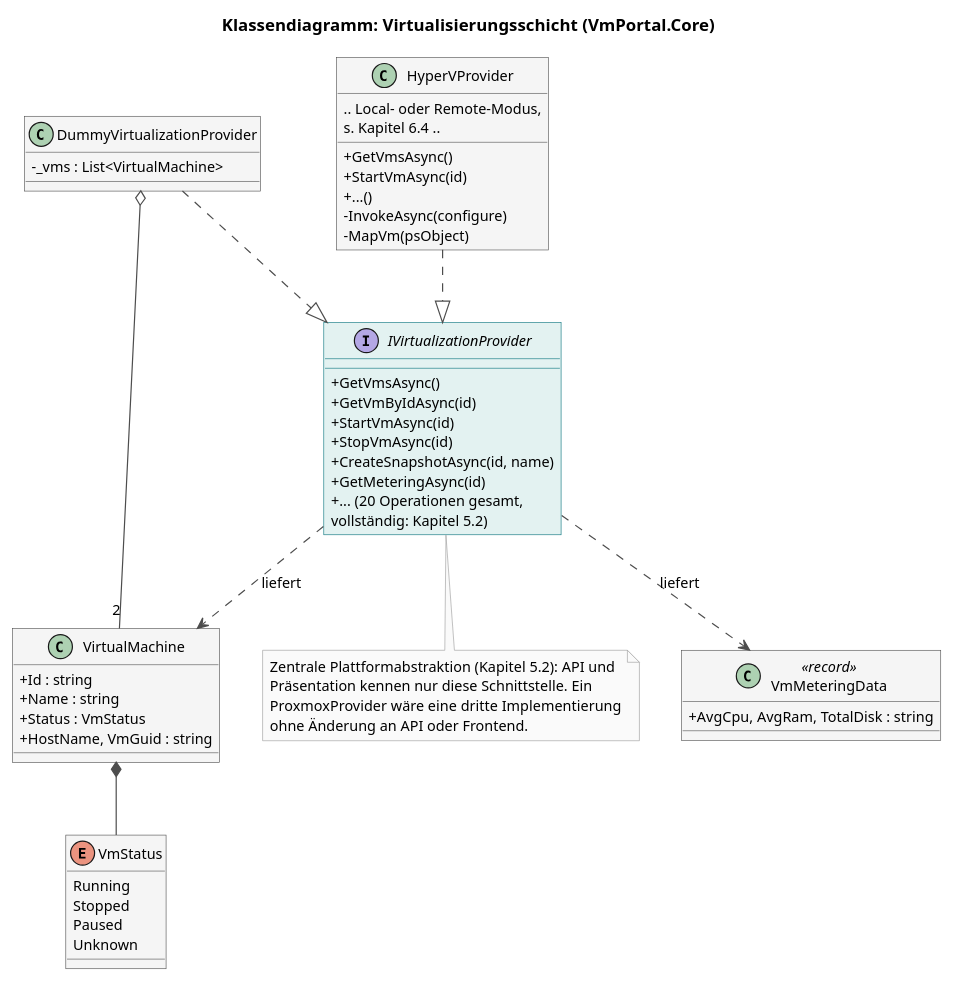
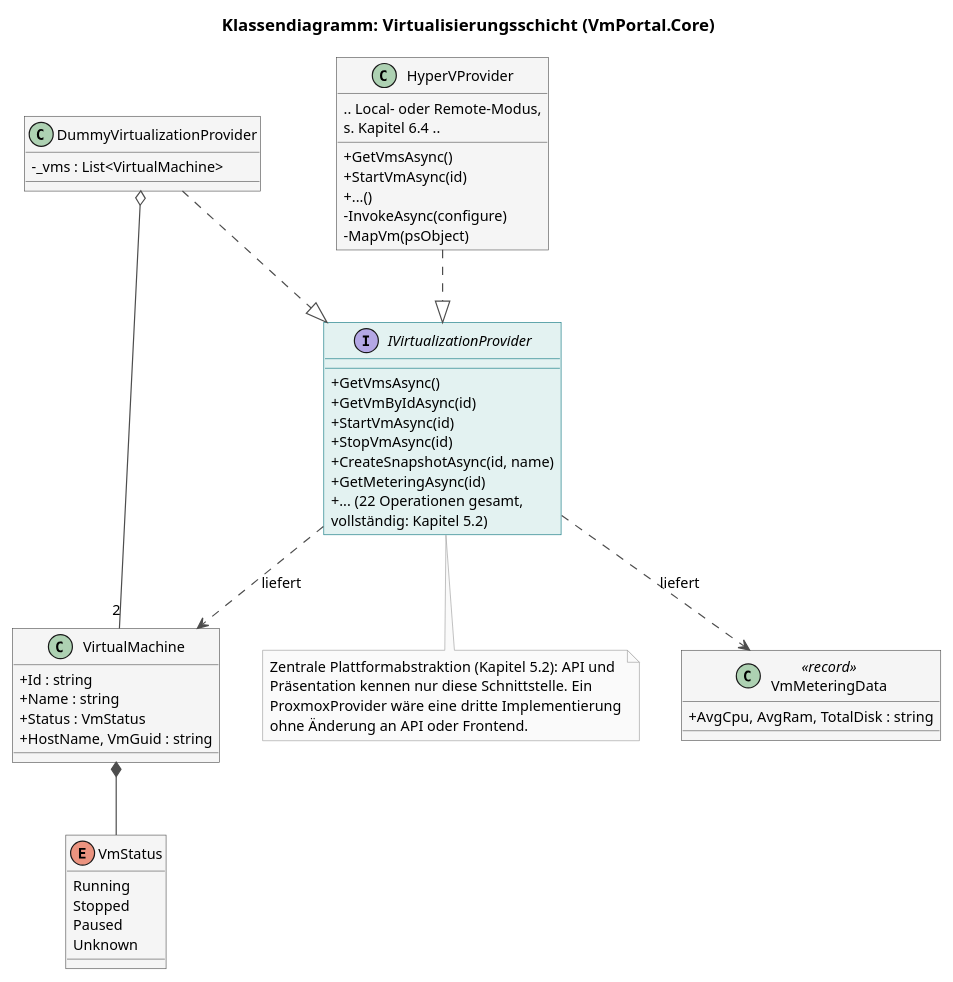
The diagram in thesis/diagrams/klassendiagramm_virtualisierung.puml (mikaildhbw/vm-portal), drawn with PlantUML before and after one commit. The commit also changed 2 other files, not shown here.

```diff
--- a/thesis/diagrams/klassendiagramm_virtualisierung.puml
+++ b/thesis/diagrams/klassendiagramm_virtualisierung.puml
@@ -1,77 +1,77 @@
 @startuml klassendiagramm_virtualisierung
 title Klassendiagramm: Virtualisierungsschicht (VmPortal.Core)
 
 skinparam backgroundColor white
 skinparam shadowing false
 skinparam roundCorner 0
 skinparam defaultFontSize 12
 skinparam classAttributeIconSize 0
 skinparam class {
   BackgroundColor #F5F5F5
   BorderColor #4D4D4D
   ArrowColor #4D4D4D
 }
 skinparam note {
   BackgroundColor #FAFAFA
   BorderColor #999999
 }
 
 interface IVirtualizationProvider #E3F2F1;line:00707A {
   + GetVmsAsync()
   + GetVmByIdAsync(id)
   + StartVmAsync(id)
   + StopVmAsync(id)
   + CreateSnapshotAsync(id, name)
   + GetMeteringAsync(id)
-  + ... (20 Operationen gesamt,
+  + ... (22 Operationen gesamt,
     vollständig: Kapitel 5.2)
 }
 
 class HyperVProvider {
   + GetVmsAsync()
   + StartVmAsync(id)
   + ...()
   - InvokeAsync(configure)
   - MapVm(psObject)
   .. Local- oder Remote-Modus,
   s. Kapitel 6.4 ..
 }
 
 class DummyVirtualizationProvider {
   - _vms : List<VirtualMachine>
 }
 
 class VirtualMachine {
   + Id : string
   + Name : string
   + Status : VmStatus
   + HostName, VmGuid : string
 }
 
 enum VmStatus {
   Running
   Stopped
   Paused
   Unknown
 }
 
 class VmMeteringData <<record>> {
   + AvgCpu, AvgRam, TotalDisk : string
 }
 
 HyperVProvider ..|> IVirtualizationProvider
 DummyVirtualizationProvider ..|> IVirtualizationProvider
 
 IVirtualizationProvider ..> VirtualMachine : liefert
 IVirtualizationProvider ..> VmMeteringData : liefert
 VirtualMachine *-- VmStatus
 DummyVirtualizationProvider o-- "2" VirtualMachine
 
 note bottom of IVirtualizationProvider
   Zentrale Plattformabstraktion (Kapitel 5.2): API und
   Präsentation kennen nur diese Schnittstelle. Ein
   ProxmoxProvider wäre eine dritte Implementierung
   ohne Änderung an API oder Frontend.
 end note
 
 @enduml
```
